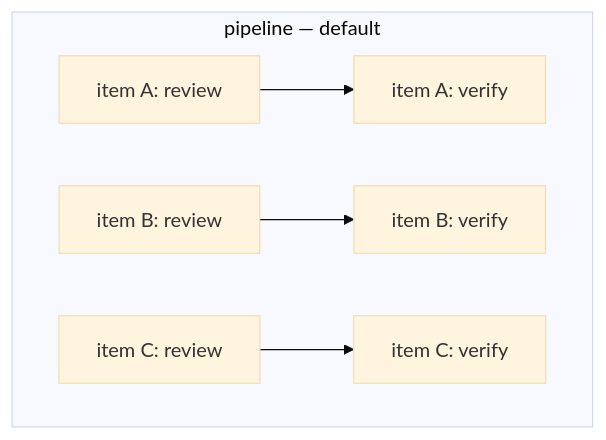
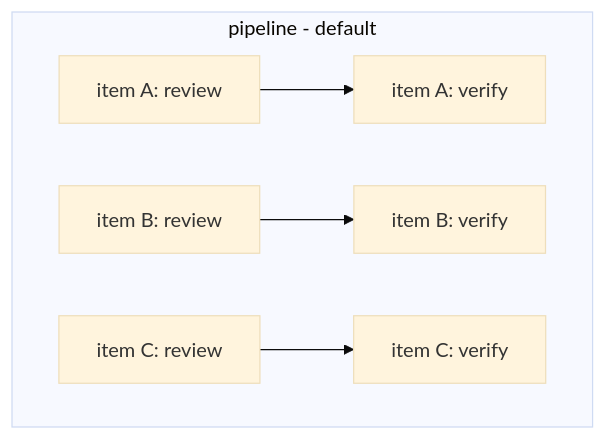
The first of 2 diagrams in plugins/tactician/README.md (gshepptech/the-tavern), drawn with Mermaid (base theme) before and after one commit. The commit also changed other lines of this file and 10 other files, not shown here.

````diff
--- a/plugins/tactician/README.md
+++ b/plugins/tactician/README.md
@@ -79,9 +79,9 @@
 ```mermaid
 flowchart LR
-    subgraph Pipeline[pipeline — default]
+    subgraph Pipeline[pipeline - default]
         direction LR
         A1[item A: review] --> A2[item A: verify]
         B1[item B: review] --> B2[item B: verify]
         C1[item C: review] --> C2[item C: verify]
     end
 ```
````
